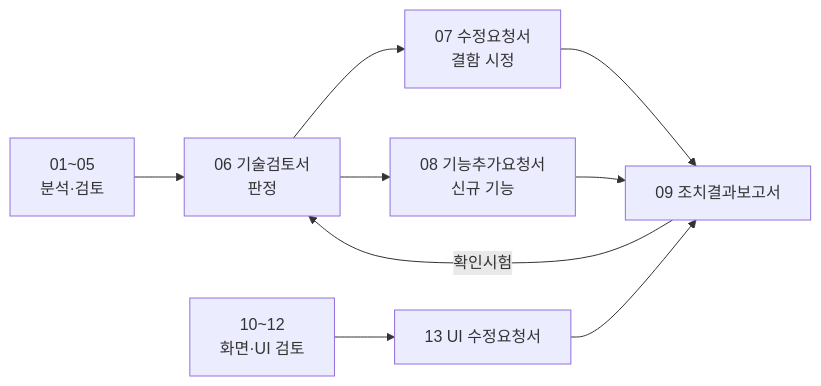
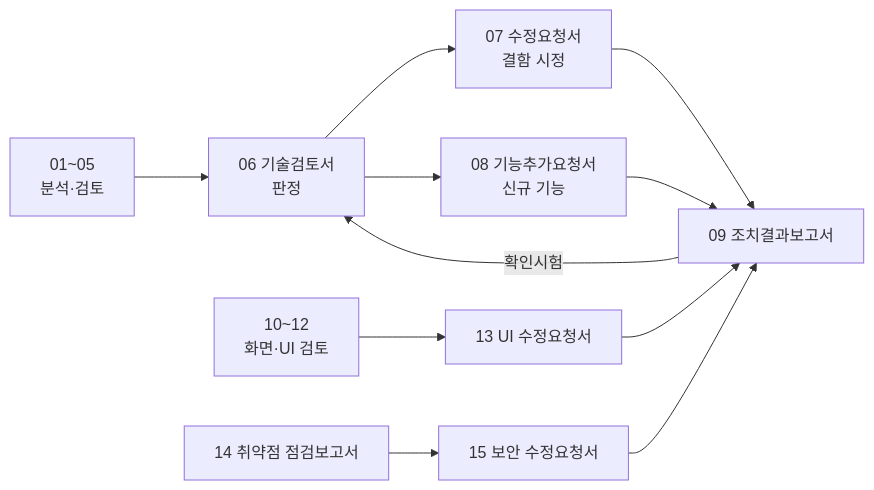
Before and after one commit to jaehakim/assets: the diagram in docs/README.md, drawn with Mermaid. The commit also changed other lines of this file and 19 other files, not shown here.

````diff
--- a/docs/README.md
+++ b/docs/README.md
@@ -36,11 +45,13 @@
 ```mermaid
 flowchart LR
   A["01~05<br/>분석·검토"] --> TR["06 기술검토서<br/>판정"]
   TR --> CR["07 수정요청서<br/>결함 시정"]
   TR --> FR["08 기능추가요청서<br/>신규 기능"]
   U["10~12<br/>화면·UI 검토"] --> CR2["13 UI 수정요청서"]
+  V["14 취약점 점검보고서"] --> CR3["15 보안 수정요청서"]
   CR --> RR["09 조치결과보고서"]
   CR2 --> RR
+  CR3 --> RR
   FR --> RR
   RR -->|확인시험| TR
 ```
````
